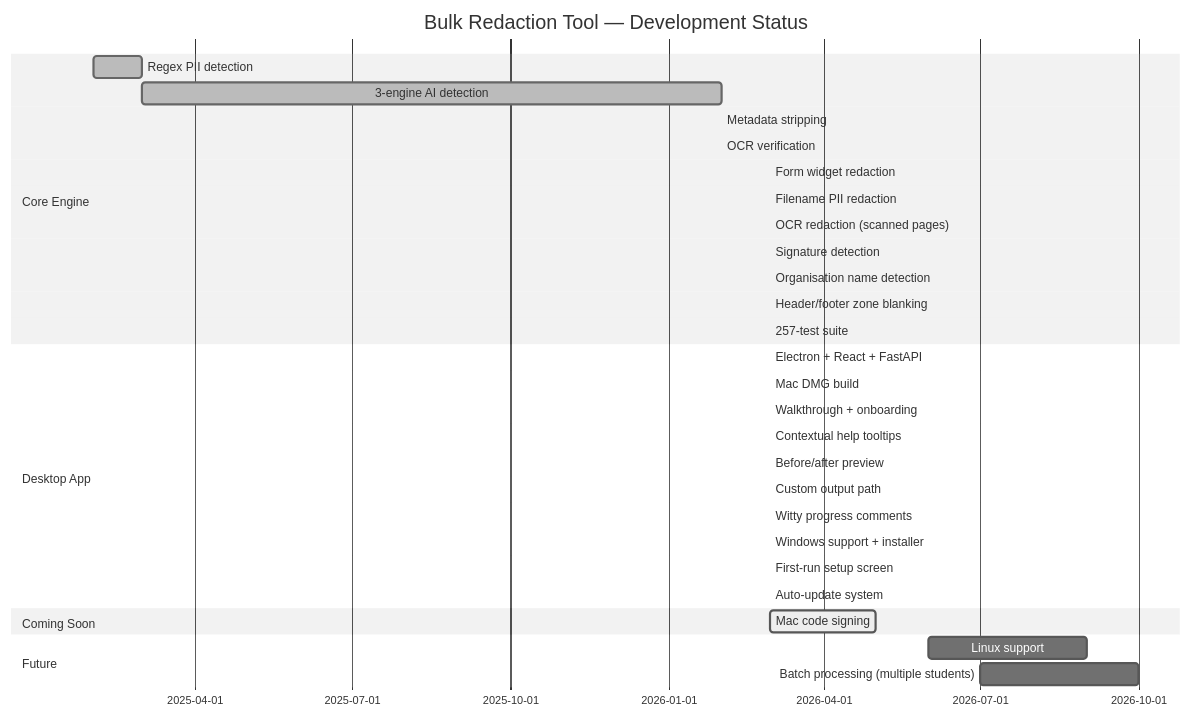
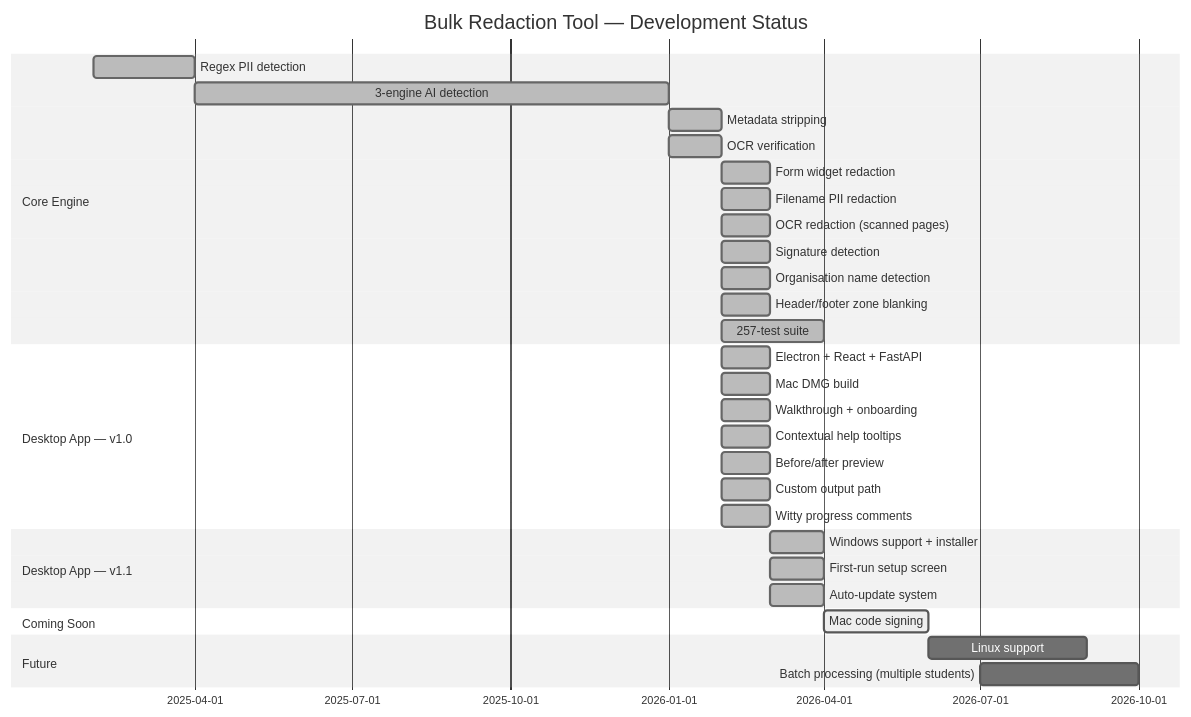
One commit to mrdavearms/student-doc-redactor changed the third of 3 diagrams in README.md. Above: the diagram before and after it, drawn with Mermaid (neutral theme). The commit also changed other lines of this file, not shown here.

Commit message:
docs: update README for v1.1 — roadmap, workflow diagram, and setup screen
- Adds Setup screen (step 0) to workflow diagram and screen-by-screen guide
- Documents auto-update notifications and first-run setup in Desktop App Features
- Fixes gantt chart zero-width bars by giving all items proper date spans
- Splits Desktop App gantt section into v1.0 and v1.1 for clearer release story

````diff
--- a/README.md
+++ b/README.md
@@ -585,33 +599,34 @@
 ```mermaid
 gantt
     title Bulk Redaction Tool — Development Status
     dateFormat  YYYY-MM
     section Core Engine
-    Regex PII detection           :done, 2025-02, 2025-03
-    3-engine AI detection         :done, 2025-03, 2026-02
-    Metadata stripping            :done, 2026-02, 2026-02
-    OCR verification              :done, 2026-02, 2026-02
-    Form widget redaction         :done, 2026-03, 2026-03
-    Filename PII redaction        :done, 2026-03, 2026-03
-    OCR redaction (scanned pages) :done, 2026-03, 2026-03
-    Signature detection           :done, 2026-03, 2026-03
-    Organisation name detection   :done, 2026-03, 2026-03
-    Header/footer zone blanking   :done, 2026-03, 2026-03
-    257-test suite                :done, 2026-03, 2026-03
-    section Desktop App
-    Electron + React + FastAPI    :done, 2026-03, 2026-03
-    Mac DMG build                 :done, 2026-03, 2026-03
-    Walkthrough + onboarding      :done, 2026-03, 2026-03
-    Contextual help tooltips      :done, 2026-03, 2026-03
-    Before/after preview          :done, 2026-03, 2026-03
-    Custom output path            :done, 2026-03, 2026-03
-    Witty progress comments       :done, 2026-03, 2026-03
-    Windows support + installer   :done, 2026-03, 2026-03
-    First-run setup screen        :done, 2026-03, 2026-03
-    Auto-update system            :done, 2026-03, 2026-03
+    Regex PII detection           :done, 2025-02, 2025-04
+    3-engine AI detection         :done, 2025-04, 2026-01
+    Metadata stripping            :done, 2026-01, 2026-02
+    OCR verification              :done, 2026-01, 2026-02
+    Form widget redaction         :done, 2026-02, 2026-03
+    Filename PII redaction        :done, 2026-02, 2026-03
+    OCR redaction (scanned pages) :done, 2026-02, 2026-03
+    Signature detection           :done, 2026-02, 2026-03
+    Organisation name detection   :done, 2026-02, 2026-03
+    Header/footer zone blanking   :done, 2026-02, 2026-03
+    257-test suite                :done, 2026-02, 2026-04
+    section Desktop App — v1.0
+    Electron + React + FastAPI    :done, 2026-02, 2026-03
+    Mac DMG build                 :done, 2026-02, 2026-03
+    Walkthrough + onboarding      :done, 2026-02, 2026-03
+    Contextual help tooltips      :done, 2026-02, 2026-03
+    Before/after preview          :done, 2026-02, 2026-03
+    Custom output path            :done, 2026-02, 2026-03
+    Witty progress comments       :done, 2026-02, 2026-03
+    section Desktop App — v1.1
+    Windows support + installer   :done, 2026-03, 2026-04
+    First-run setup screen        :done, 2026-03, 2026-04
+    Auto-update system            :done, 2026-03, 2026-04
     section Coming Soon
-    Mac code signing              :active, 2026-03, 2026-05
+    Mac code signing              :active, 2026-04, 2026-06
     section Future
     Linux support                 :2026-06, 2026-09
     Batch processing (multiple students) :2026-07, 2026-10
 ```
````
